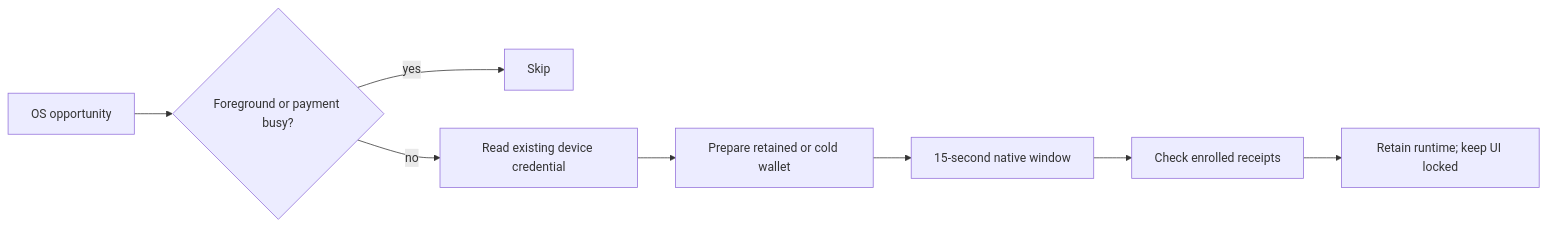
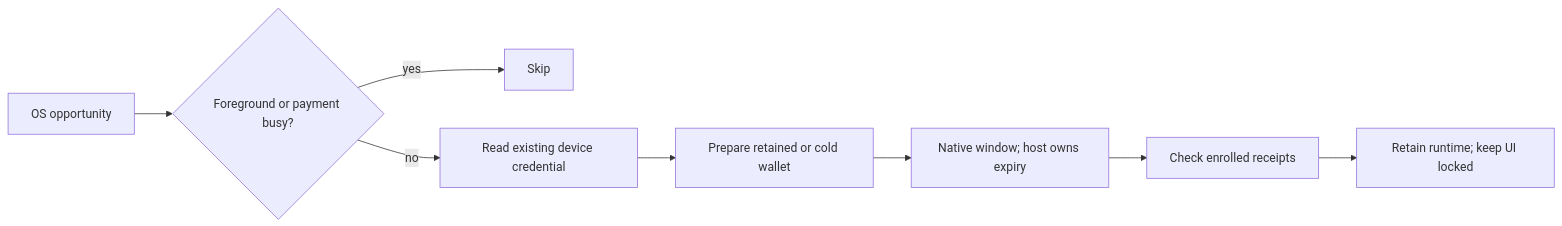
The diagram in docs/android-background-notifications.md (lightninglabs/wavelength-mobile), drawn with Mermaid before and after one commit. The commit also changed other lines of this file and 7 other files, not shown here.

````diff
--- a/docs/android-background-notifications.md
+++ b/docs/android-background-notifications.md
@@ -16,10 +16,10 @@
 ```mermaid
 flowchart LR
     A[OS opportunity] --> B{Foreground or payment busy?}
     B -->|yes| C[Skip]
     B -->|no| D[Read existing device credential]
     D --> E[Prepare retained or cold wallet]
-    E --> F[15-second native window]
+    E --> F[Native window; host owns expiry]
     F --> G[Check enrolled receipts]
     G --> H[Retain runtime; keep UI locked]
 ```
````
